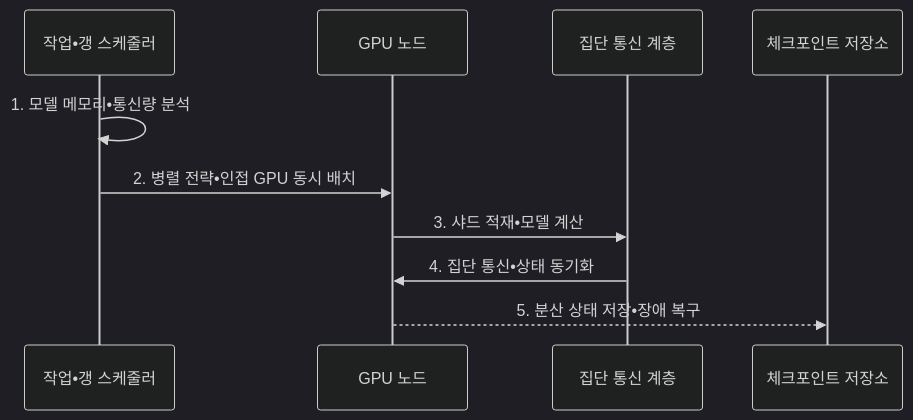
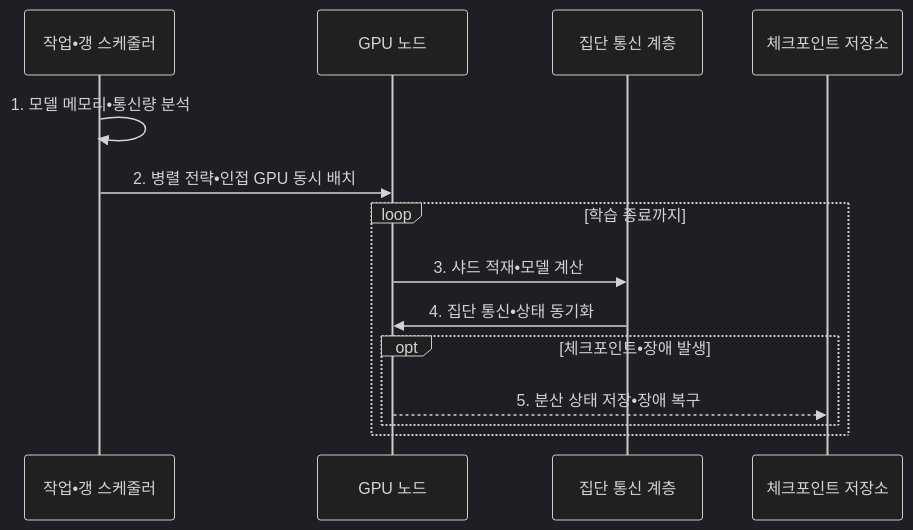
The second of 2 diagrams in src/content/docs/notes/08-latest-tech/139_gpu_cluster.md (agnusdei1207/knowledge-base), drawn with Mermaid (dark theme) before and after one commit. The commit also changed other lines of this file and 14 other files, not shown here.

````diff
--- a/src/content/docs/notes/08-latest-tech/139_gpu_cluster.md
+++ b/src/content/docs/notes/08-latest-tech/139_gpu_cluster.md
@@ -102,12 +102,16 @@
 ```mermaid
 sequenceDiagram
     participant O as 작업•갱 스케줄러
     participant N as GPU 노드
     participant C as 집단 통신 계층
     participant R as 체크포인트 저장소
     O->>O: 1. 모델 메모리•통신량 분석
     O->>N: 2. 병렬 전략•인접 GPU 동시 배치
-    N->>C: 3. 샤드 적재•모델 계산
-    C->>N: 4. 집단 통신•상태 동기화
-    N-->>R: 5. 분산 상태 저장•장애 복구
+    loop 학습 종료까지
+        N->>C: 3. 샤드 적재•모델 계산
+        C->>N: 4. 집단 통신•상태 동기화
+        opt 체크포인트•장애 발생
+            N-->>R: 5. 분산 상태 저장•장애 복구
+        end
+    end
 ```
````
